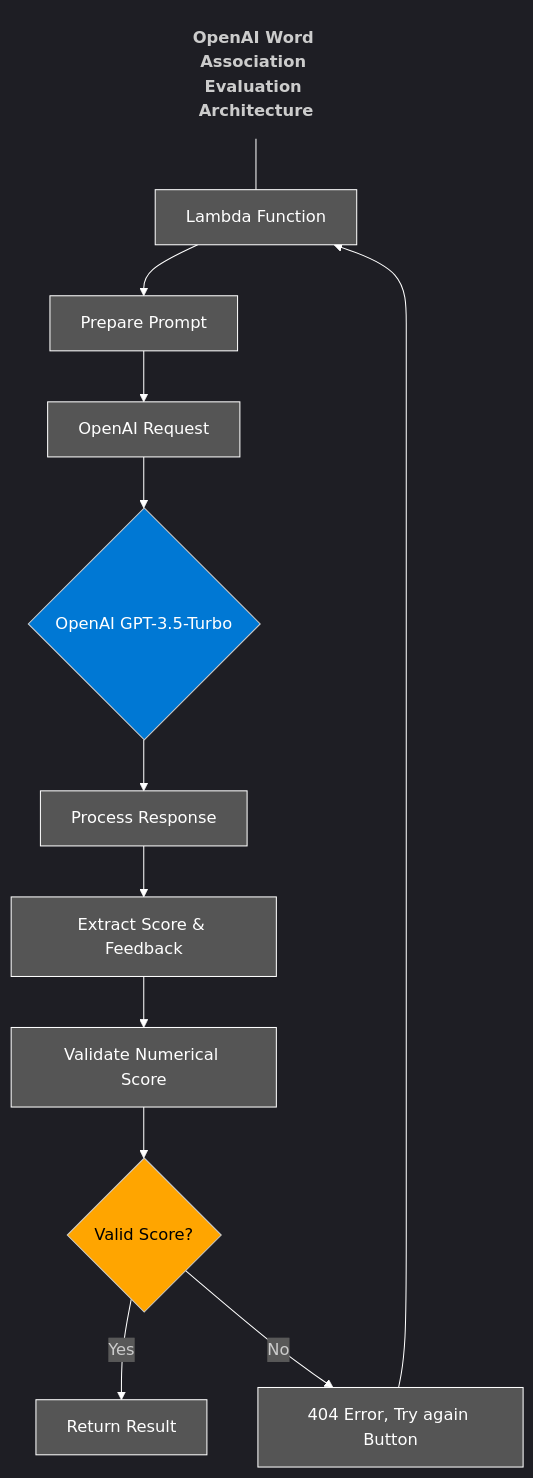
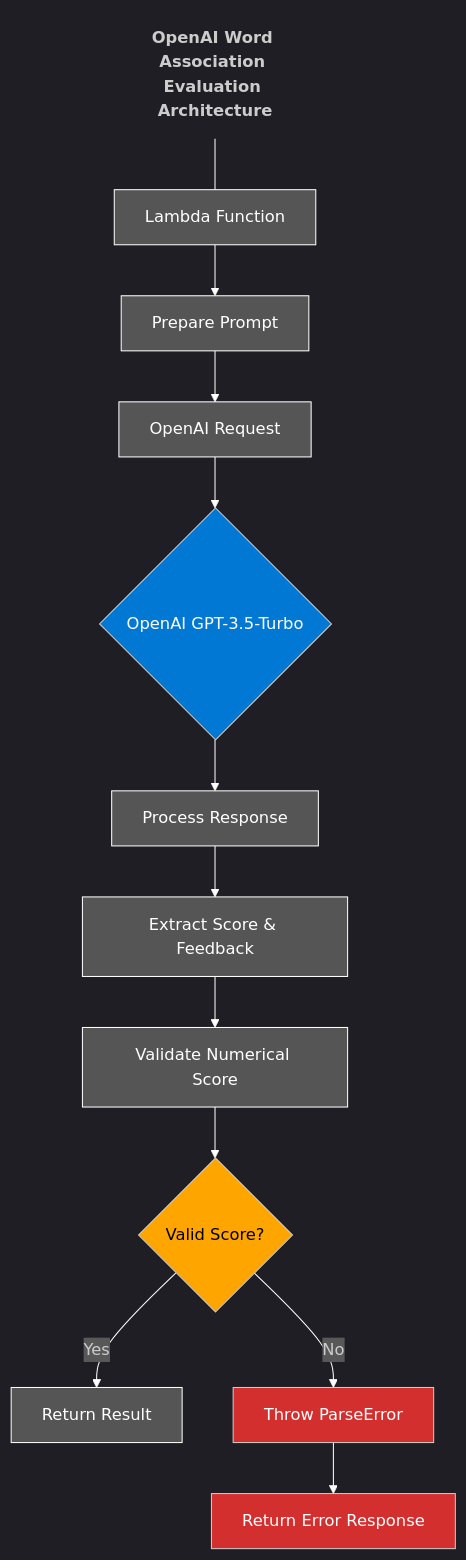
One commit to lmcrean/crocodile-kingdom-mern changed the diagram in api/openai-architecture.md. Above: the diagram before and after it, drawn with Mermaid. The commit also changed other lines of this file, not shown here.

First line of the commit message:
refactor(openai-architecture): update architecture documentation for word association evaluation

````diff
--- a/api/openai-architecture.md
+++ b/api/openai-architecture.md
@@ -1,44 +1,48 @@
 ```mermaid
 %%{init: {
   'theme': 'dark',
   'themeVariables': {
     'primaryColor': '#333',
     'primaryTextColor': '#fff',
     'primaryBorderColor': '#fff',
     'lineColor': '#fff',
     'secondaryColor': '#006100',
     'tertiaryColor': '#202020',
     'noteTextColor': '#000'
   }
 }}%%
 
 flowchart TD
     title[<b>OpenAI Word Association Evaluation Architecture</b>]
     title --- A
 
     A[Lambda Function] --> B[Prepare Prompt]
     
     B --> C[OpenAI Request]
     C --> D{OpenAI GPT-3.5-Turbo}
     
     D --> E[Process Response]
     E --> F[Extract Score & Feedback]
     
     F --> G[Validate Numerical Score]
     G --> H{Valid Score?}
     
     H -->|Yes| I[Return Result]
-    H -->|No| J[404 Error, Try again Button]
-    J --> A
+    H -->|No| J[Throw ParseError]
+    J --> K[Return Error Response]
     
     style title fill:none,stroke:none
     style D fill:#0078D4,color:white
     style H fill:#FFA500,color:black
+    style J fill:#D32F2F,color:white
+    style K fill:#D32F2F,color:white
     
     classDef process fill:#555,color:white,stroke:#fff
     classDef decision fill:#FFA500,color:black
+    classDef error fill:#D32F2F,color:white
     classDef data fill:#333,color:white,stroke:#fff
     
-    class A,B,C,E,F,G,I,J process
+    class A,B,C,E,F,G,I process
     class H decision
+    class J,K error
 ```
````
